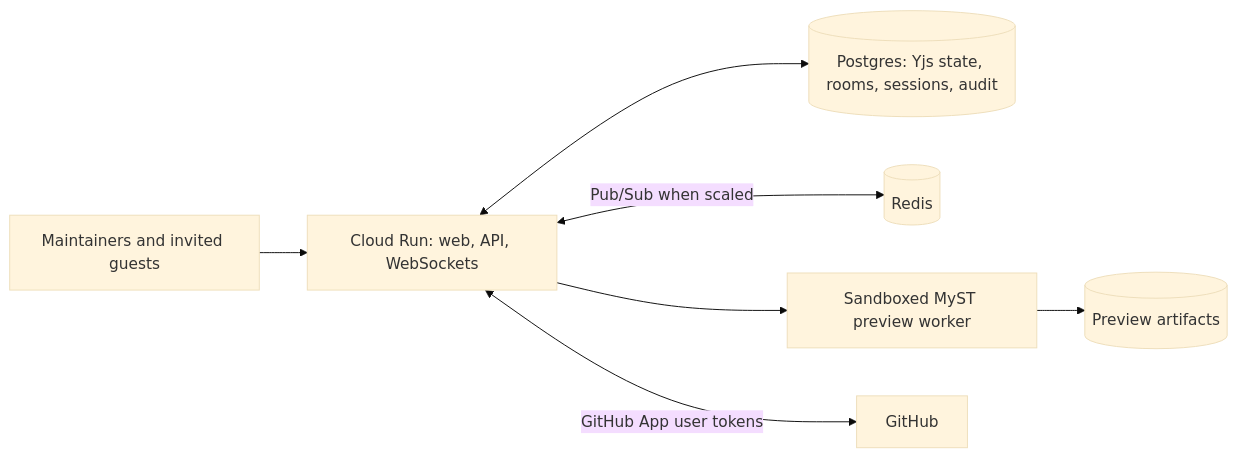
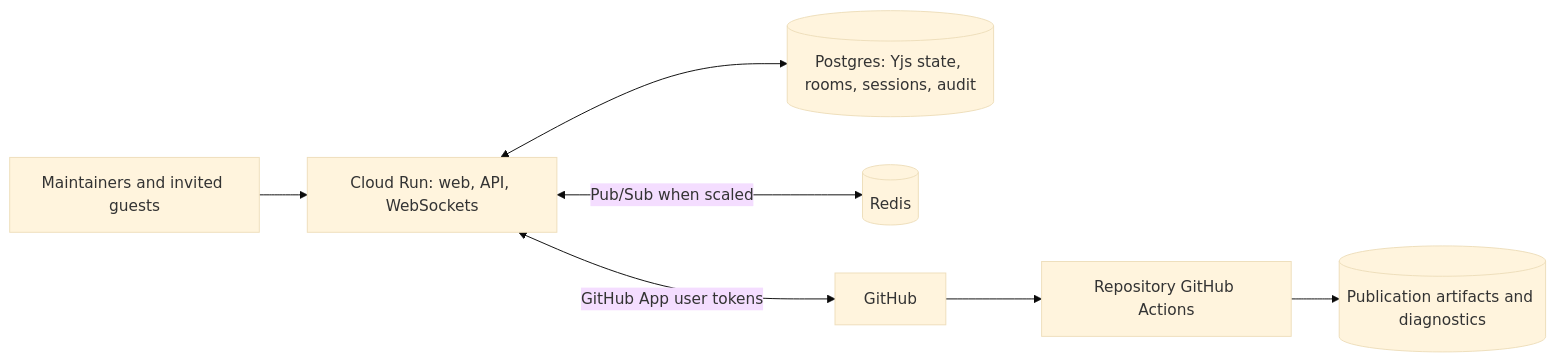
One commit to AllenNeuralDynamics/demystify changed the second of 2 diagrams in docs/ARCHITECTURE.md. Above: the diagram before and after it, drawn with Mermaid (base theme). The commit also changed other lines of this file and 27 other files, not shown here.

````diff
--- a/docs/ARCHITECTURE.md
+++ b/docs/ARCHITECTURE.md
@@ -36,9 +36,9 @@
 ```mermaid
 flowchart LR
   U[Maintainers and invited guests] --> A[Cloud Run: web, API, WebSockets]
   A <--> P[(Postgres: Yjs state, rooms, sessions, audit)]
   A <-->|Pub/Sub when scaled| X[(Redis)]
-  A --> Q[Sandboxed MyST preview worker]
-  Q --> O[(Preview artifacts)]
   A <-->|GitHub App user tokens| G[GitHub]
+  G --> Q[Repository GitHub Actions]
+  Q --> O[(Publication artifacts and diagnostics)]
 ```
````
